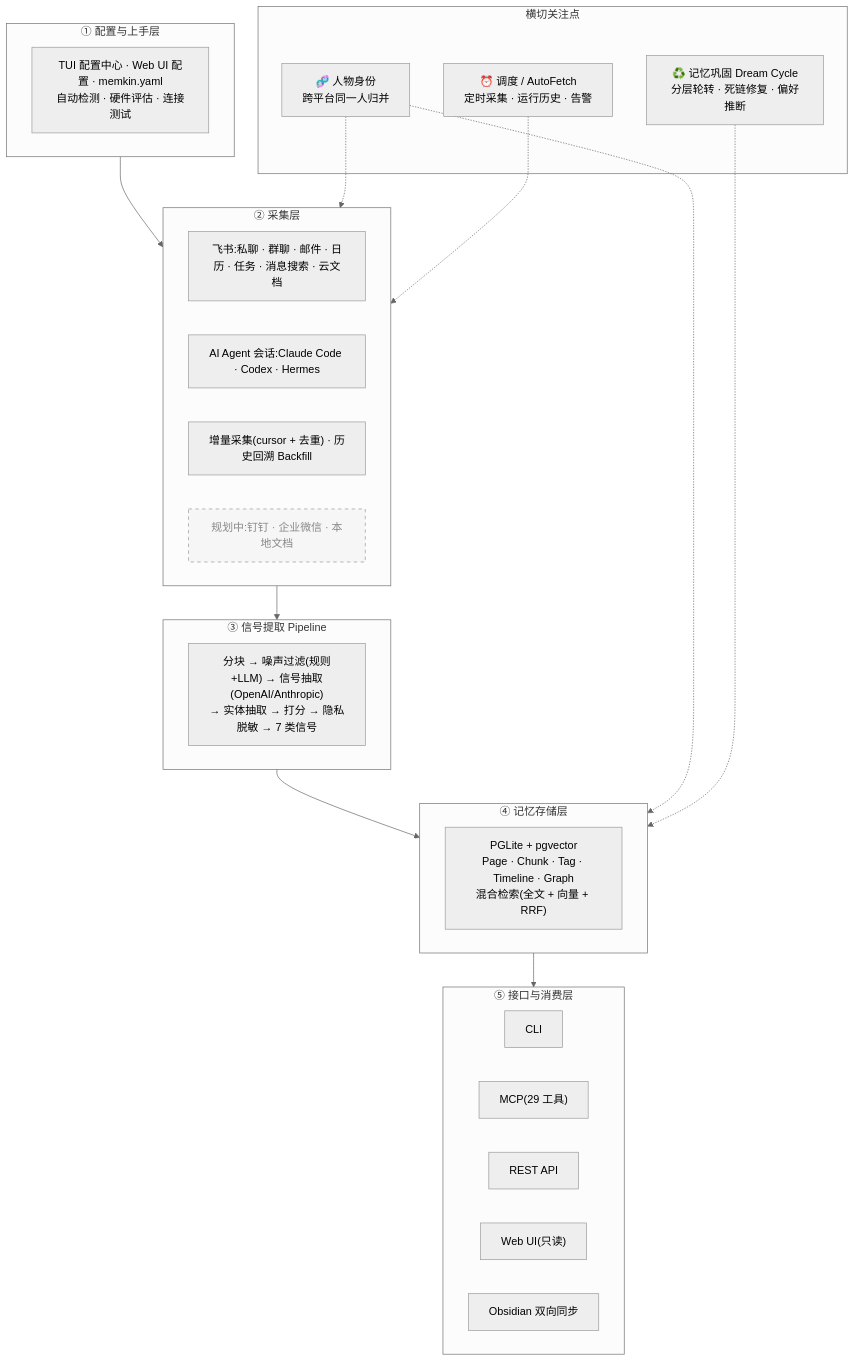
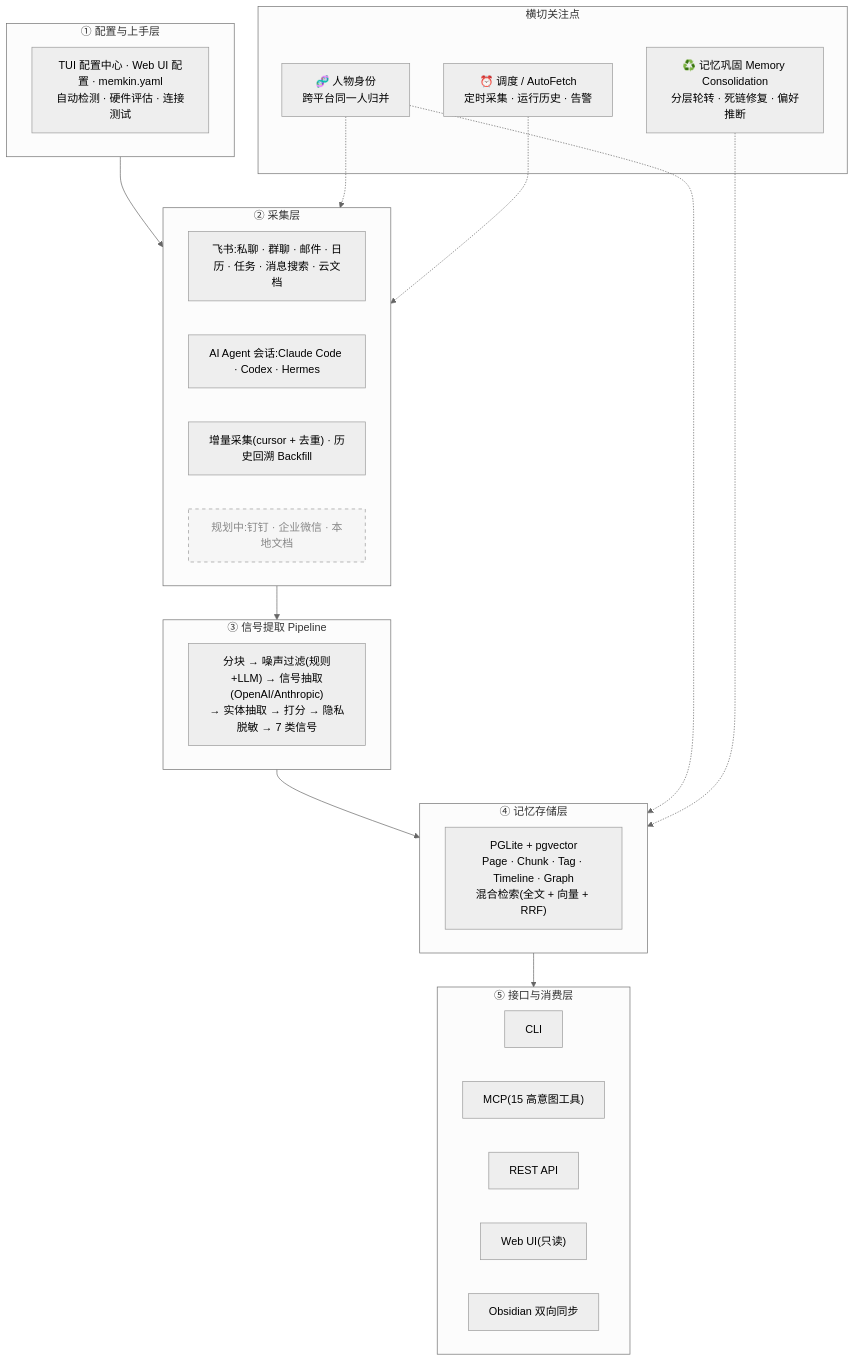
Before and after one commit to AndreLYL/memkin: the diagram in README.md, drawn with Mermaid (neutral theme). The commit also changed other lines of this file and 1 other file, not shown here.

````diff
--- a/README.md
+++ b/README.md
@@ -528,40 +564,40 @@
 ```mermaid
 flowchart TB
   subgraph L1["① 配置与上手层"]
     cfg["TUI 配置中心 · Web UI 配置 · memkin.yaml<br/>自动检测 · 硬件评估 · 连接测试"]
   end
   subgraph L2["② 采集层"]
     feishu["飞书:私聊 · 群聊 · 邮件 · 日历 · 任务 · 消息搜索 · 云文档"]
     agent["AI Agent 会话:Claude Code · Codex · Hermes"]
     inc["增量采集(cursor + 去重) · 历史回溯 Backfill"]
     planned1["规划中:钉钉 · 企业微信 · 本地文档"]:::planned
   end
   subgraph L3["③ 信号提取 Pipeline"]
     pipe["分块 → 噪声过滤(规则+LLM) → 信号抽取(OpenAI/Anthropic)<br/>→ 实体抽取 → 打分 → 隐私脱敏 → 7 类信号"]
   end
   subgraph L4["④ 记忆存储层"]
     store["PGLite + pgvector<br/>Page · Chunk · Tag · Timeline · Graph<br/>混合检索(全文 + 向量 + RRF)"]
   end
   subgraph L5["⑤ 接口与消费层"]
     cli["CLI"]
-    mcp["MCP(29 工具)"]
+    mcp["MCP(15 高意图工具)"]
     rest["REST API"]
     web["Web UI(只读)"]
     obs["Obsidian 双向同步"]
   end
 
   L1 --> L2 --> L3 --> L4 --> L5
 
   subgraph X["横切关注点"]
     id["🧬 人物身份<br/>跨平台同一人归并"]
-    cons["♻️ 记忆巩固 Dream Cycle<br/>分层轮转 · 死链修复 · 偏好推断"]
+    cons["♻️ 记忆巩固 Memory Consolidation<br/>分层轮转 · 死链修复 · 偏好推断"]
     sched["⏰ 调度 / AutoFetch<br/>定时采集 · 运行历史 · 告警"]
   end
 
   id -.-> L2
   id -.-> L4
   cons -.-> L4
   sched -.-> L2
 
   classDef planned stroke-dasharray: 5 5,fill:#f6f6f6,color:#888;
 ```
````
